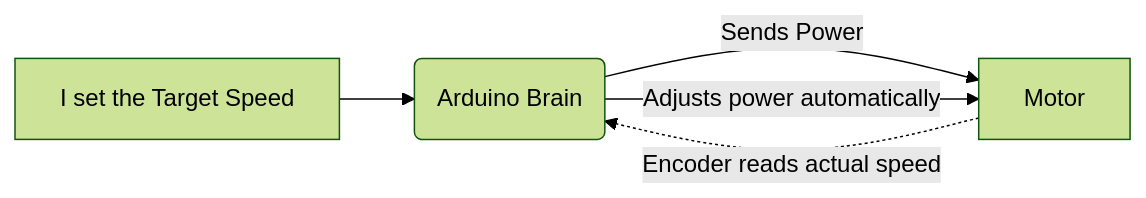
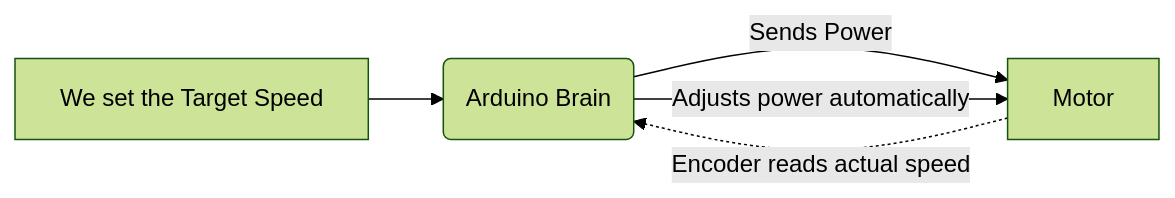
Before and after one commit to humpriyam/Bluetooth-Controlled-4WD-Robot-with-PID-Speed-Regulation-and-Ultrasonic-Obstacle-Avoidance: the first of 2 diagrams in README.md, drawn with Mermaid (forest theme). The commit also changed other lines of this file, not shown here.

````diff
--- a/README.md
+++ b/README.md
@@ -41,7 +53,7 @@
 ```mermaid
 graph LR
-    A[I set the Target Speed] --> B(Arduino Brain)
+    A[We set the Target Speed] --> B(Arduino Brain)
     B -->|Sends Power| C[Motor]
     C -.->|Encoder reads actual speed| B
     B -->|Adjusts power automatically| C
 ```
````
